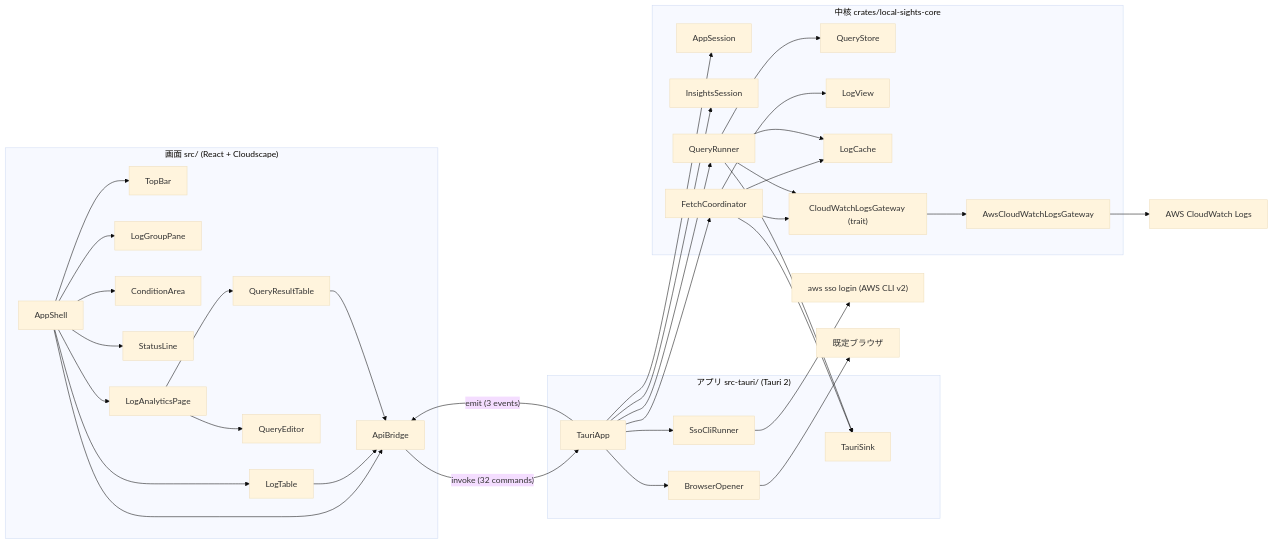
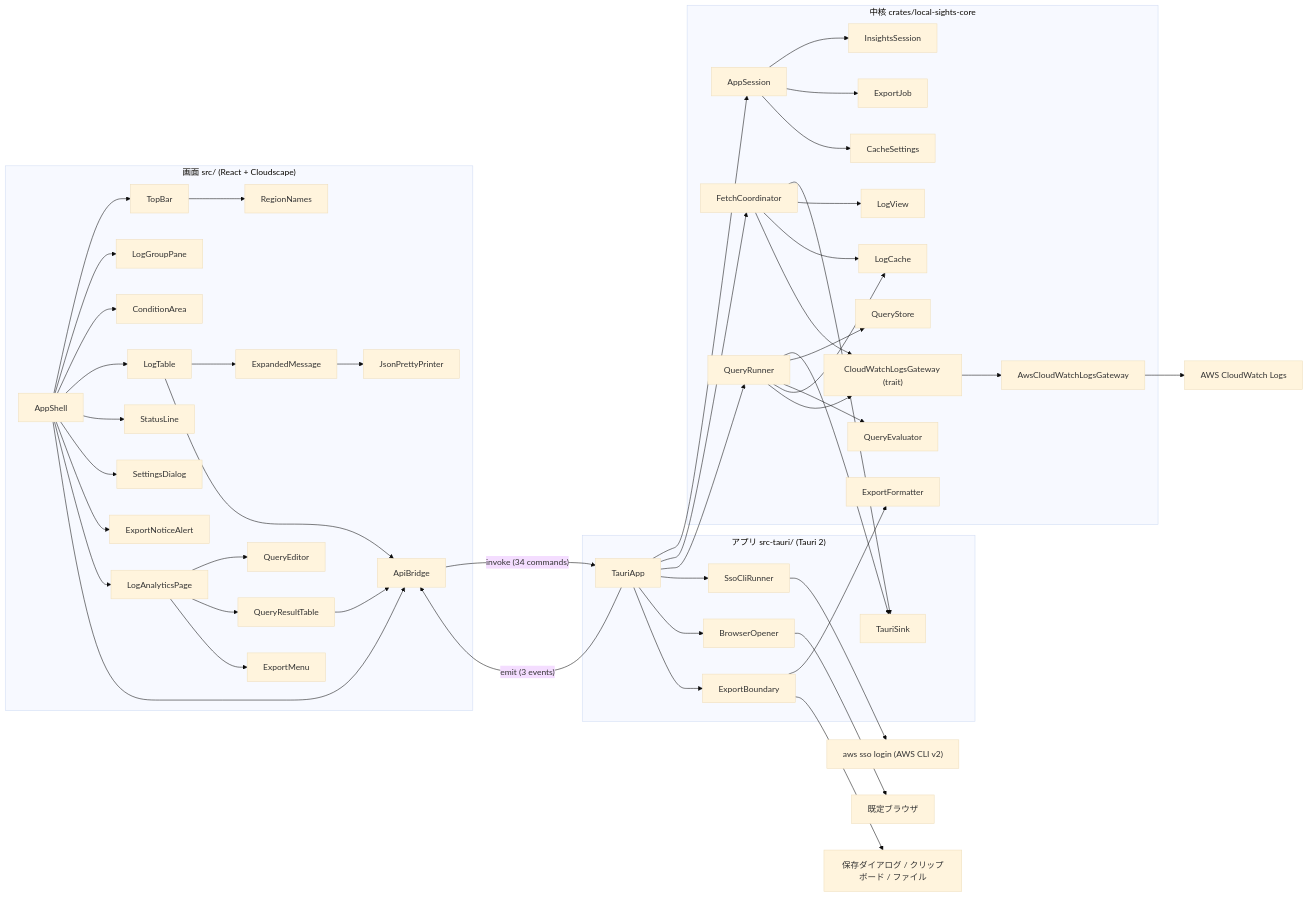
One commit to kdnakt/local-sights changed the first of 7 diagrams in aidlc/spaces/default/codekb/local-sights/architecture.md. Above: the diagram before and after it, drawn with Mermaid (base theme). The commit also changed other lines of this file and 11 other files, not shown here.

````diff
--- a/aidlc/spaces/default/codekb/local-sights/architecture.md
+++ b/aidlc/spaces/default/codekb/local-sights/architecture.md
@@ -25,53 +25,70 @@
 ```mermaid
 flowchart LR
   subgraph Screen["画面 src/ (React + Cloudscape)"]
     AppShell --> TopBar
     AppShell --> LogGroupPane
     AppShell --> ConditionArea
     AppShell --> LogTable
     AppShell --> StatusLine
+    AppShell --> SettingsDialog
+    AppShell --> ExportNoticeAlert
     AppShell --> LogAnalyticsPage
+    LogTable --> ExpandedMessage
+    ExpandedMessage --> JsonPrettyPrinter
+    TopBar --> RegionNames
     LogAnalyticsPage --> QueryEditor
     LogAnalyticsPage --> QueryResultTable
+    LogAnalyticsPage --> ExportMenu
     AppShell --> ApiBridge
     LogTable --> ApiBridge
     QueryResultTable --> ApiBridge
   end
   subgraph App["アプリ src-tauri/ (Tauri 2)"]
     TauriApp
     TauriSink
     SsoCliRunner
     BrowserOpener
+    ExportBoundary
   end
   subgraph Core["中核 crates/local-sights-core"]
     AppSession
     InsightsSession
     FetchCoordinator
     QueryRunner
     QueryStore
+    QueryEvaluator
     LogView
     LogCache
+    CacheSettings
+    ExportJob
+    ExportFormatter
     Gateway["CloudWatchLogsGateway (trait)"]
     AwsGateway["AwsCloudWatchLogsGateway"]
   end
-  ApiBridge -- "invoke (32 commands)" --> TauriApp
+  ApiBridge -- "invoke (34 commands)" --> TauriApp
   TauriApp -- "emit (3 events)" --> ApiBridge
   TauriApp --> AppSession
-  TauriApp --> InsightsSession
+  AppSession --> InsightsSession
+  AppSession --> ExportJob
+  AppSession --> CacheSettings
   TauriApp --> FetchCoordinator
   TauriApp --> QueryRunner
   TauriApp --> SsoCliRunner
   TauriApp --> BrowserOpener
+  TauriApp --> ExportBoundary
+  ExportBoundary --> ExportFormatter
   FetchCoordinator --> TauriSink
   QueryRunner --> TauriSink
   FetchCoordinator --> LogView
   FetchCoordinator --> LogCache
   QueryRunner --> QueryStore
+  QueryRunner --> QueryEvaluator
   QueryRunner --> LogCache
   FetchCoordinator --> Gateway
   QueryRunner --> Gateway
   Gateway --> AwsGateway
   AwsGateway --> AWS["AWS CloudWatch Logs"]
   SsoCliRunner --> CLI["aws sso login (AWS CLI v2)"]
   BrowserOpener --> Browser["既定ブラウザ"]
+  ExportBoundary --> OS["保存ダイアログ / クリップボード / ファイル"]
 ```
````
